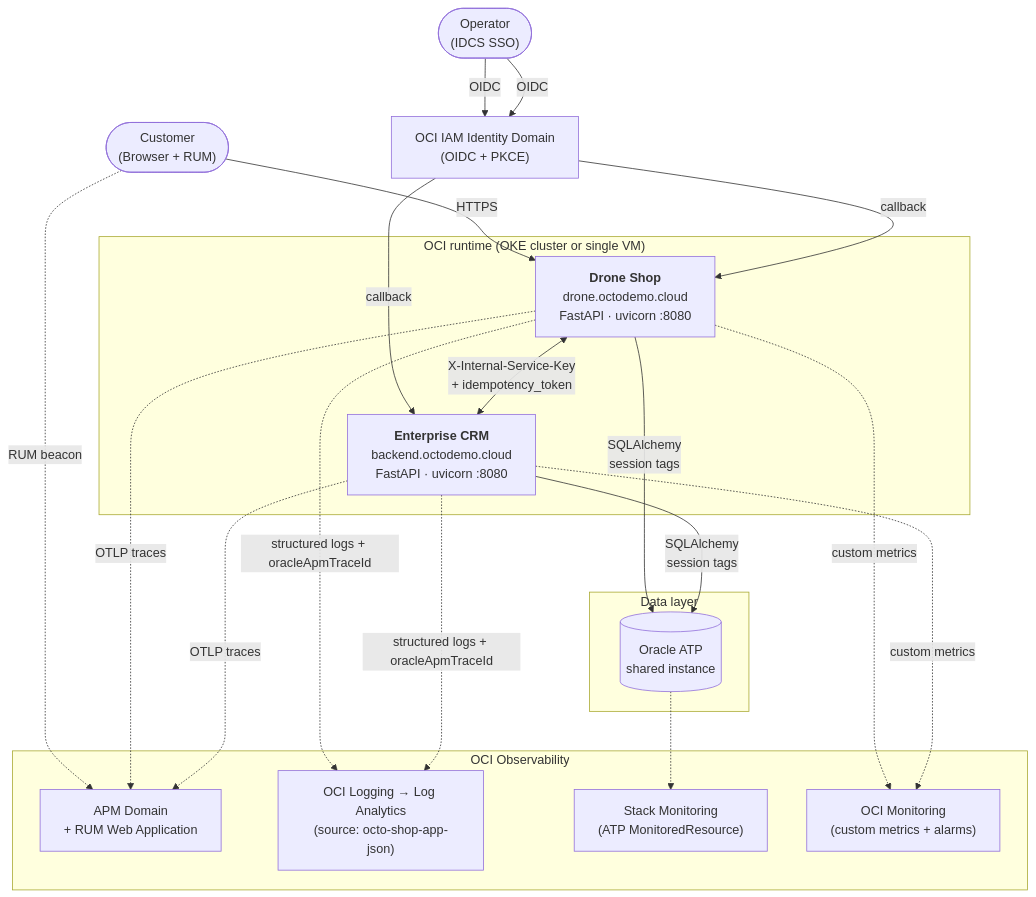
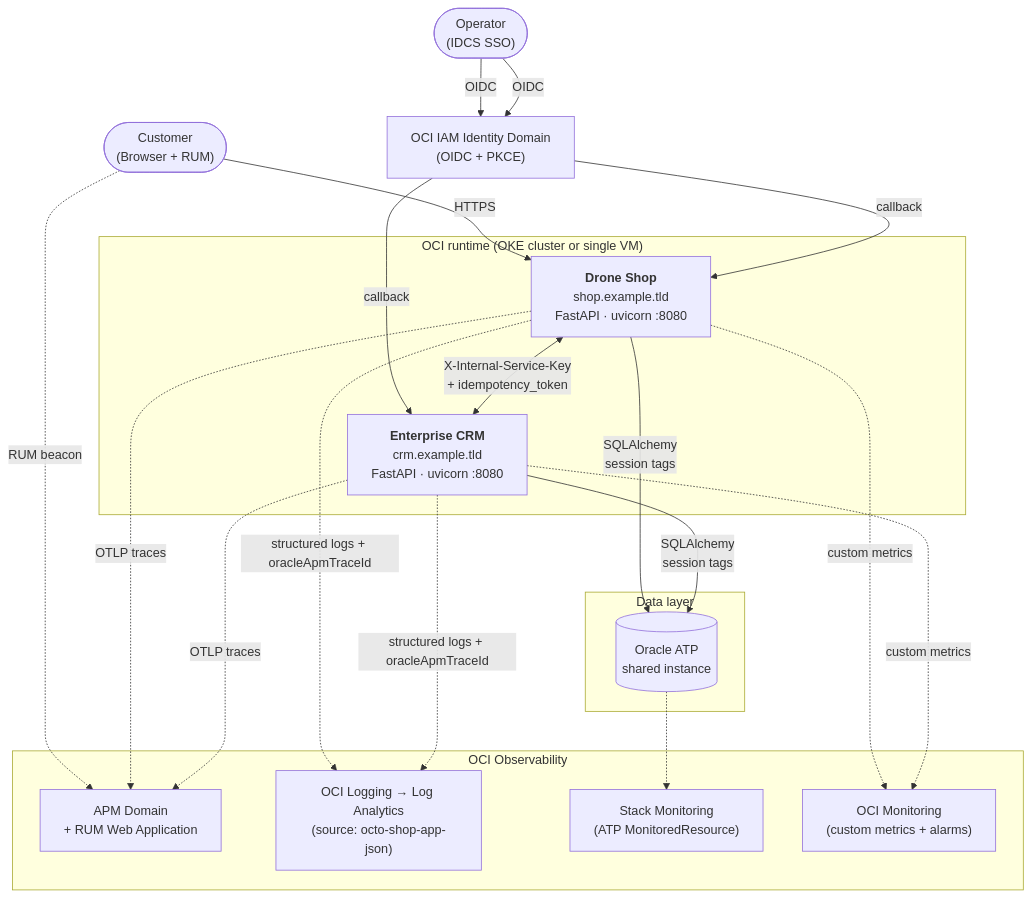
Before and after one commit to adibirzu/octo-apm-demo: the diagram in ARCHITECTURE.md, drawn with Mermaid. The commit also changed 16 other files, not shown here.

First line of the commit message:
docs(security): scrub real FQDNs — octodemo.cloud → example.tld

````diff
--- a/ARCHITECTURE.md
+++ b/ARCHITECTURE.md
@@ -33,40 +33,40 @@
 ```mermaid
 flowchart TD
     Customer(["Customer<br>(Browser + RUM)"])
     Operator(["Operator<br>(IDCS SSO)"])
     IDCS["OCI IAM Identity Domain<br>(OIDC + PKCE)"]
 
     subgraph Runtime ["OCI runtime (OKE cluster or single VM)"]
-        Shop["<b>Drone Shop</b><br>drone.octodemo.cloud<br>FastAPI · uvicorn :8080"]
-        CRM["<b>Enterprise CRM</b><br>backend.octodemo.cloud<br>FastAPI · uvicorn :8080"]
+        Shop["<b>Drone Shop</b><br>shop.example.tld<br>FastAPI · uvicorn :8080"]
+        CRM["<b>Enterprise CRM</b><br>crm.example.tld<br>FastAPI · uvicorn :8080"]
     end
 
     subgraph Obs ["OCI Observability"]
         APM["APM Domain<br>+ RUM Web Application"]
         Logging["OCI Logging → Log Analytics<br>(source: octo-shop-app-json)"]
         SM["Stack Monitoring<br>(ATP MonitoredResource)"]
         MON["OCI Monitoring<br>(custom metrics + alarms)"]
     end
 
     subgraph Data ["Data layer"]
         ATP[("Oracle ATP<br>shared instance")]
     end
 
     Customer -->|HTTPS| Shop
     Customer -.->|RUM beacon| APM
     Operator -->|OIDC| IDCS -->|callback| Shop
     Operator -->|OIDC| IDCS -->|callback| CRM
 
     Shop <-->|"X-Internal-Service-Key<br>+ idempotency_token"| CRM
 
     Shop -->|SQLAlchemy<br>session tags| ATP
     CRM  -->|SQLAlchemy<br>session tags| ATP
     ATP -.-> SM
 
     Shop -.->|OTLP traces| APM
     CRM  -.->|OTLP traces| APM
     Shop -.->|structured logs + oracleApmTraceId| Logging
     CRM  -.->|structured logs + oracleApmTraceId| Logging
     Shop -.->|custom metrics| MON
     CRM  -.->|custom metrics| MON
 ```
````
